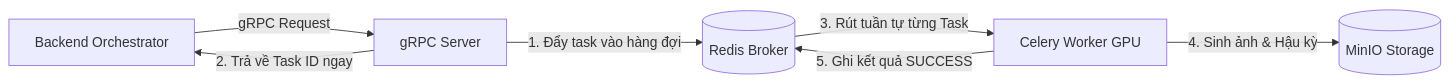
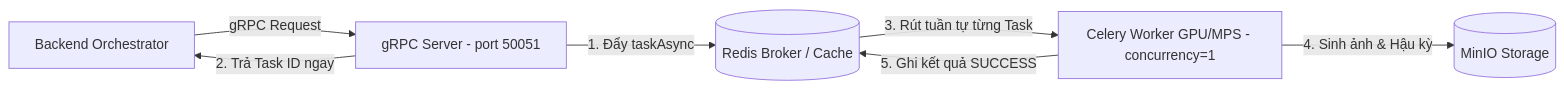
Before and after one commit to comic-generation-ai/image-ai: the diagram in docs/production_guide.md, drawn with Mermaid. The commit also changed other lines of this file and 1 other file, not shown here.

Commit message:
Update cancel task

````diff
--- a/docs/production_guide.md
+++ b/docs/production_guide.md
@@ -20,9 +21,9 @@
 ```mermaid
 graph LR
-    Orchestrator[Backend Orchestrator] -->|gRPC Request| gRPC[gRPC Server]
-    gRPC -->|1. Đẩy task vào hàng đợi| Redis[(Redis Broker)]
-    gRPC -->|2. Trả về Task ID ngay| Orchestrator
-    Redis -->|3. Rút tuần tự từng Task| Celery[Celery Worker GPU]
+    Orchestrator[Backend Orchestrator] -->|gRPC Request| gRPC[gRPC Server - port 50051]
+    gRPC -->|1. Đẩy taskAsync| Redis[(Redis Broker / Cache)]
+    gRPC -->|2. Trả Task ID ngay| Orchestrator
+    Redis -->|3. Rút tuần tự từng Task| Celery[Celery Worker GPU/MPS - concurrency=1]
     Celery -->|4. Sinh ảnh & Hậu kỳ| MinIO[(MinIO Storage)]
     Celery -->|5. Ghi kết quả SUCCESS| Redis
 ```
````
